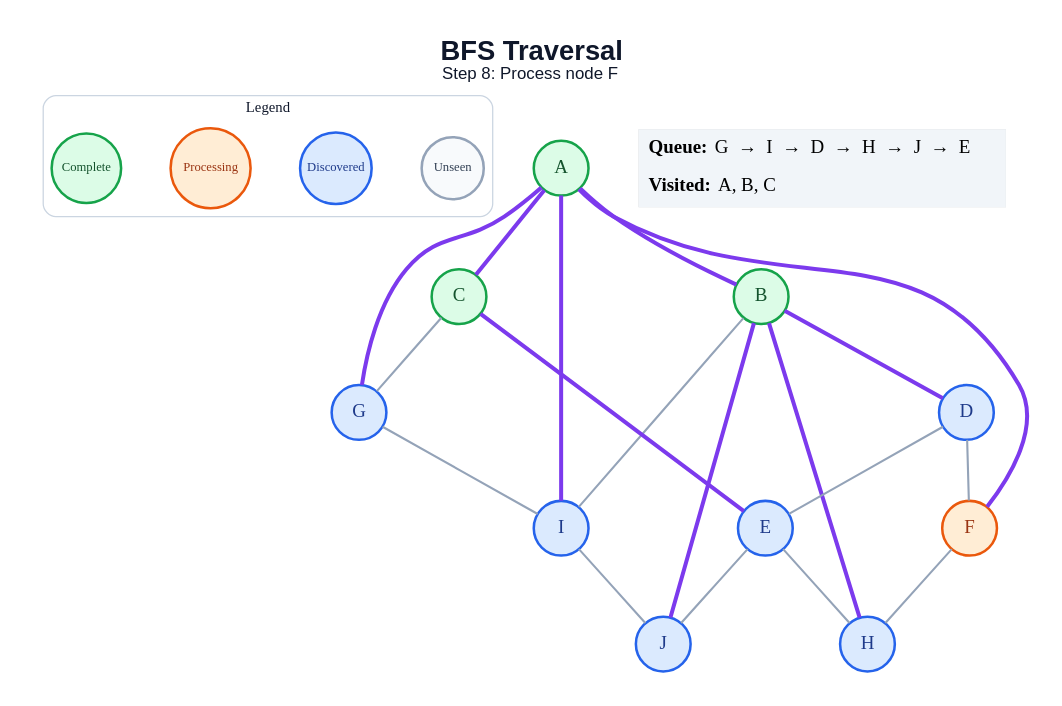
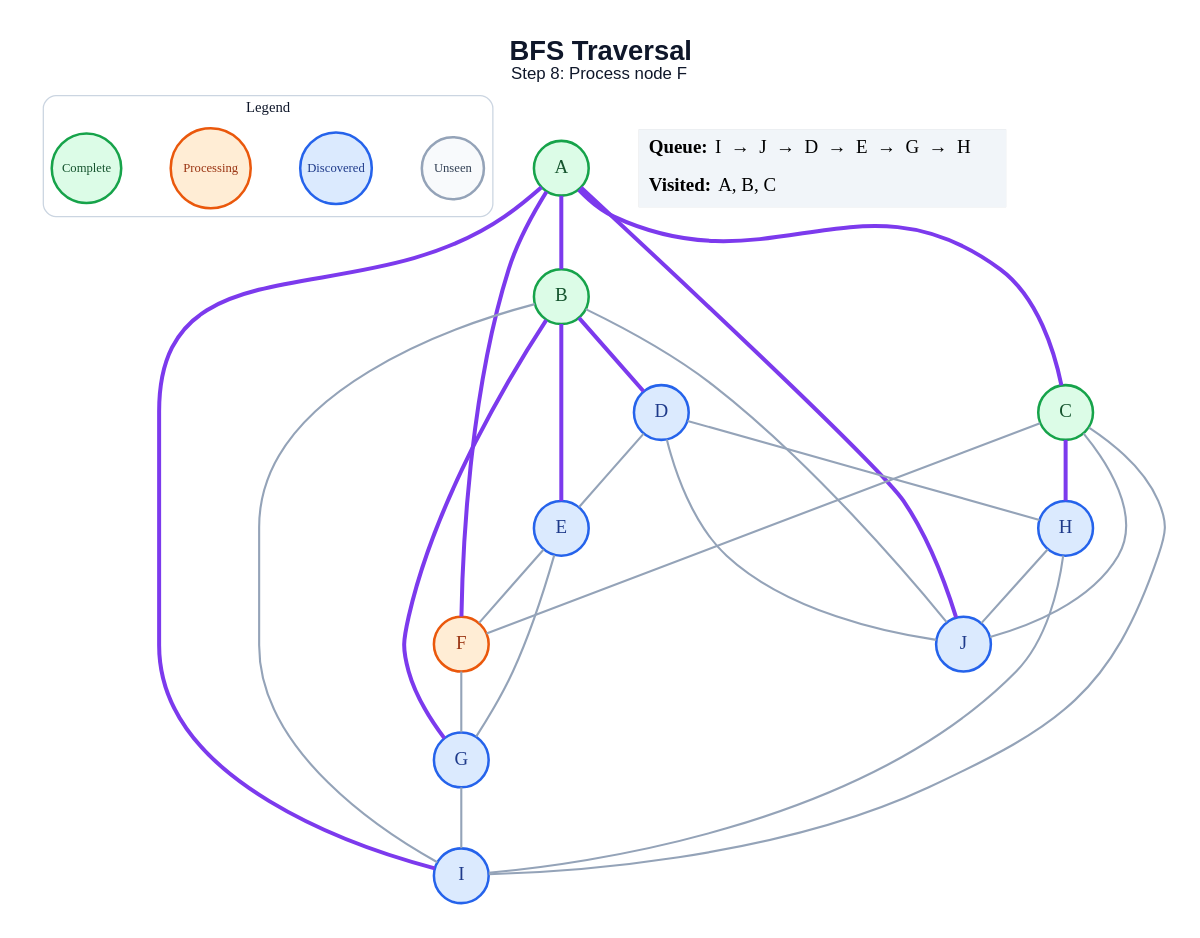
The diagram in generated/bfs/step_08.dot (amanghodawala9/ai-slop), drawn with Graphviz before and after one commit. The commit also changed 178 other files, not shown here.

```diff
--- a/generated/bfs/step_08.dot
+++ b/generated/bfs/step_08.dot
@@ -1,47 +1,52 @@
 graph traversal {
   graph [layout=dot, rankdir=TB, bgcolor="#FFFFFF", pad="0.35", nodesep="0.65", ranksep="0.8", fontname="Arial"];
   node [shape=circle, style="filled", fontname="Arial Bold", fontsize=18, width=0.72, fixedsize=true, penwidth=2.4];
   edge [color="#94A3B8", penwidth=2.0];
   label=<<B>BFS Traversal</B><BR/><FONT POINT-SIZE="16">Step 8: Process node F</FONT>>; labelloc="t"; fontsize=26; fontname="Arial"; fontcolor="#0F172A";
   subgraph cluster_legend { label="Legend"; color="#CBD5E1"; penwidth=1.2; style="rounded"; fontsize=14; fontname="Arial Bold";
     key_unseen [label="Unseen", fillcolor="#F8FAFC", color="#94A3B8", fontcolor="#334155", fontsize=12, width=0.82];
     key_frontier [label="Discovered", fillcolor="#DBEAFE", color="#2563EB", fontcolor="#1E3A8A", fontsize=12, width=0.95];
     key_current [label="Processing", fillcolor="#FFEDD5", color="#EA580C", fontcolor="#9A3412", fontsize=12, width=1.05];
     key_done [label="Complete", fillcolor="#DCFCE7", color="#16A34A", fontcolor="#14532D", fontsize=12, width=0.92];
     { rank=same; key_unseen; key_frontier; key_current; key_done; }
   }
   A [fillcolor="#DCFCE7", color="#16A34A", fontcolor="#14532D"];
   B [fillcolor="#DCFCE7", color="#16A34A", fontcolor="#14532D"];
   C [fillcolor="#DCFCE7", color="#16A34A", fontcolor="#14532D"];
   D [fillcolor="#DBEAFE", color="#2563EB", fontcolor="#1E3A8A"];
   E [fillcolor="#DBEAFE", color="#2563EB", fontcolor="#1E3A8A"];
   F [fillcolor="#FFEDD5", color="#EA580C", fontcolor="#9A3412"];
   G [fillcolor="#DBEAFE", color="#2563EB", fontcolor="#1E3A8A"];
   H [fillcolor="#DBEAFE", color="#2563EB", fontcolor="#1E3A8A"];
   I [fillcolor="#DBEAFE", color="#2563EB", fontcolor="#1E3A8A"];
   J [fillcolor="#DBEAFE", color="#2563EB", fontcolor="#1E3A8A"];
   A -- B [color="#7C3AED", penwidth=3.8];
   A -- C [color="#7C3AED", penwidth=3.8];
   A -- F [color="#7C3AED", penwidth=3.8];
-  A -- G [color="#7C3AED", penwidth=3.8];
   A -- I [color="#7C3AED", penwidth=3.8];
+  A -- J [color="#7C3AED", penwidth=3.8];
   B -- D [color="#7C3AED", penwidth=3.8];
-  B -- H [color="#7C3AED", penwidth=3.8];
+  B -- E [color="#7C3AED", penwidth=3.8];
+  B -- G [color="#7C3AED", penwidth=3.8];
   B -- I;
-  B -- J [color="#7C3AED", penwidth=3.8];
-  C -- E [color="#7C3AED", penwidth=3.8];
-  C -- G;
+  B -- J;
+  C -- F;
+  C -- H [color="#7C3AED", penwidth=3.8];
+  C -- I;
+  C -- J;
   D -- E;
-  D -- F;
-  E -- H;
-  E -- J;
-  F -- H;
+  D -- H;
+  D -- J;
+  E -- F;
+  E -- G;
+  F -- G;
   G -- I;
-  I -- J;
+  H -- I;
+  H -- J;
   status [shape=plain, fixedsize=false, width=0, height=0, margin=0, label=<
     <TABLE BORDER="0" CELLBORDER="0" CELLPADDING="7" BGCOLOR="#F1F5F9">
-      <TR><TD ALIGN="LEFT"><B>Queue:</B> G  →  I  →  D  →  H  →  J  →  E</TD></TR>
+      <TR><TD ALIGN="LEFT"><B>Queue:</B> I  →  J  →  D  →  E  →  G  →  H</TD></TR>
       <TR><TD ALIGN="LEFT"><B>Visited:</B> A, B, C</TD></TR>
     </TABLE>
   >];
 }
```
